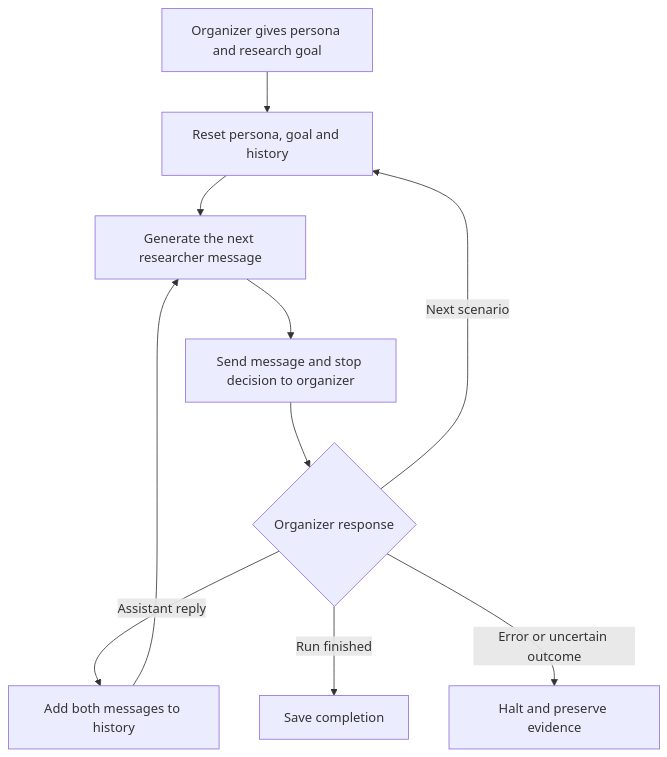
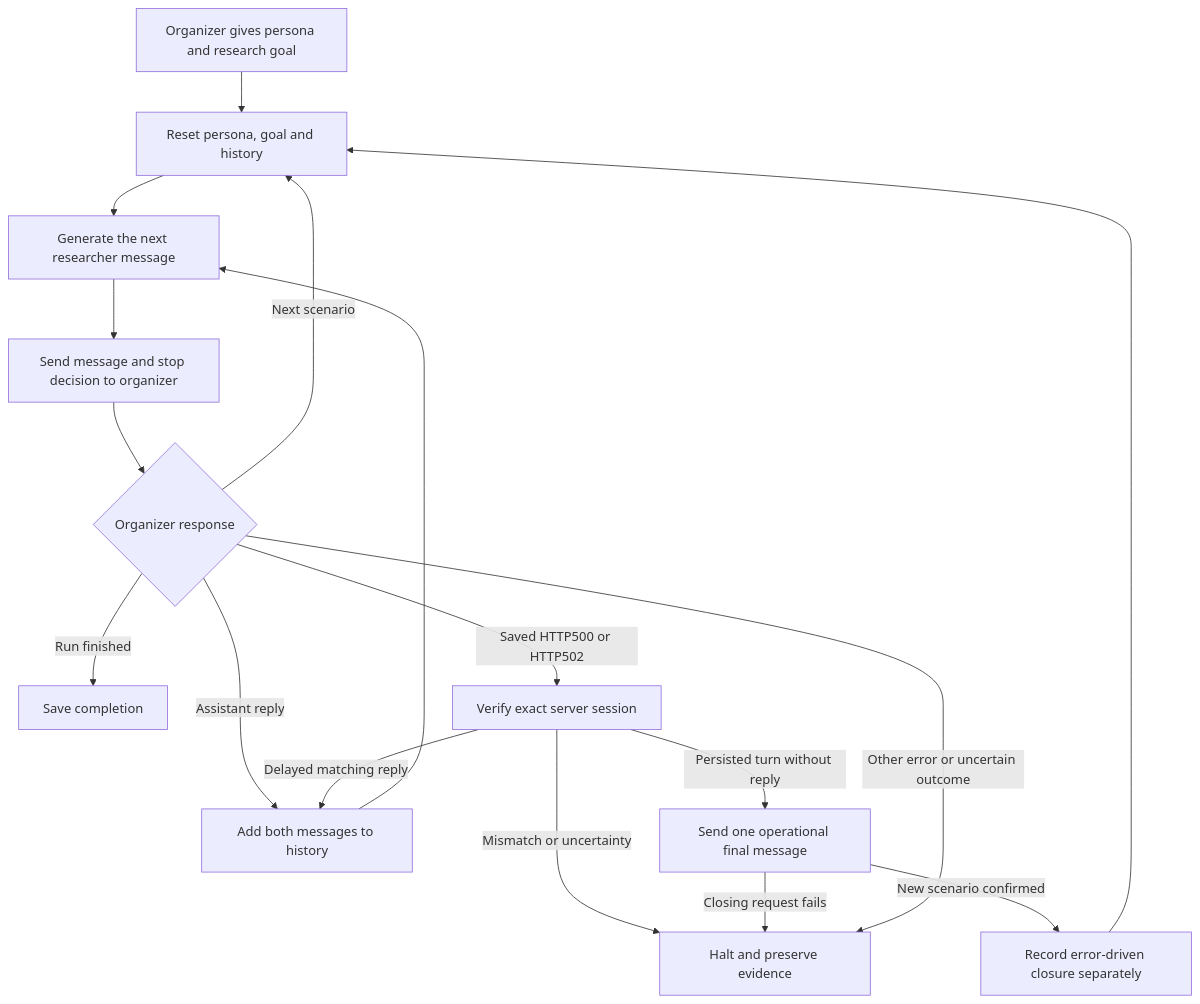
Before and after one commit to npatta01/trec-usersim-2026: the first of 4 diagrams in docs/task2_architecture.md, drawn with Mermaid. The commit also changed other lines of this file and 13 other files, not shown here.

Commit message:
Reconcile Task 2 backend failures with verified operational closure

````diff
--- a/docs/task2_architecture.md
+++ b/docs/task2_architecture.md
@@ -17,12 +17,19 @@
 ```mermaid
 flowchart TD
     A[Organizer gives persona and research goal] --> B[Reset persona, goal and history]
     B --> C[Generate the next researcher message]
     C --> D[Send message and stop decision to organizer]
     D --> E{Organizer response}
     E -->|Assistant reply| F[Add both messages to history]
     F --> C
     E -->|Next scenario| B
     E -->|Run finished| G[Save completion]
-    E -->|Error or uncertain outcome| H[Halt and preserve evidence]
+    E -->|Saved HTTP500 or HTTP502| R[Verify exact server session]
+    R -->|Delayed matching reply| F
+    R -->|Persisted turn without reply| K[Send one operational final message]
+    K -->|New scenario confirmed| J[Record error-driven closure separately]
+    J --> B
+    R -->|Mismatch or uncertainty| H[Halt and preserve evidence]
+    K -->|Closing request fails| H
+    E -->|Other error or uncertain outcome| H
 ```
````
